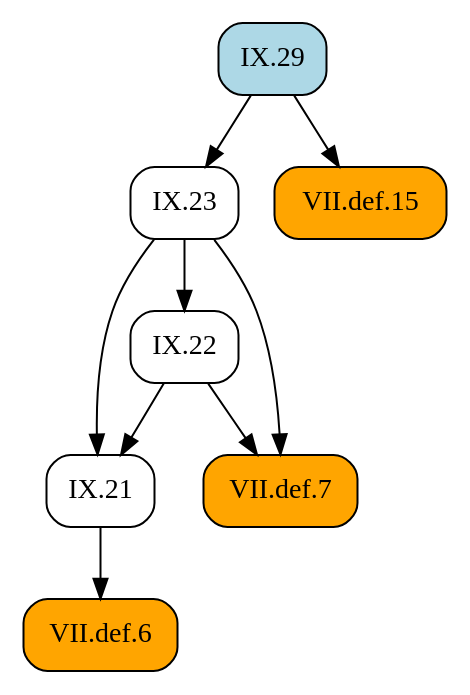
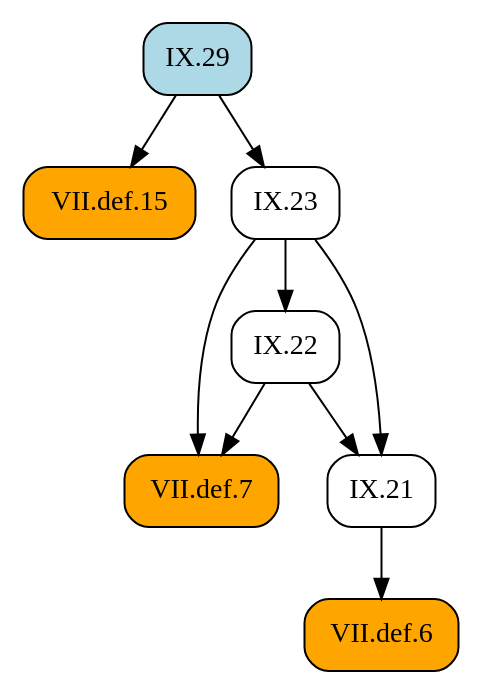
The diagram in docsrc/heath/IX/29/index.rst (geometor/elements), drawn with Graphviz before and after one commit. The commit also changed other lines of this file and 484 other files, not shown here.

```diff
--- a/docsrc/heath/IX/29/index.rst
+++ b/docsrc/heath/IX/29/index.rst
@@ -30,21 +30,21 @@
 .. graphviz::
 
    digraph {
      rankdir="TB";
      node [shape=box, style=rounded];
-     "IX.21" [URL="/heath/IX/21/", target="_top"];
+     "VII.def.15" [style="rounded,filled", fillcolor=orange, URL="/heath/VII/def.15/", target="_top"];
+     "VII.def.6" [style="rounded,filled", fillcolor=orange, URL="/heath/VII/def.6/", target="_top"];
+     "IX.22" [URL="/heath/IX/22/", target="_top"];
      "IX.29" [style="rounded,filled", fillcolor=lightblue, URL="/heath/IX/29/", target="_top"];
      "IX.23" [URL="/heath/IX/23/", target="_top"];
-     "VII.def.6" [style="rounded,filled", fillcolor=orange, URL="/heath/VII/def.6/", target="_top"];
-     "IX.22" [URL="/heath/IX/22/", target="_top"];
-     "VII.def.15" [style="rounded,filled", fillcolor=orange, URL="/heath/VII/def.15/", target="_top"];
      "VII.def.7" [style="rounded,filled", fillcolor=orange, URL="/heath/VII/def.7/", target="_top"];
+     "IX.21" [URL="/heath/IX/21/", target="_top"];
+     "IX.29" -> "VII.def.15";
+     "IX.21" -> "VII.def.6";
+     "IX.23" -> "IX.22";
+     "IX.29" -> "IX.23";
+     "IX.22" -> "VII.def.7";
+     "IX.23" -> "VII.def.7";
      "IX.22" -> "IX.21";
      "IX.23" -> "IX.21";
-     "IX.29" -> "IX.23";
-     "IX.21" -> "VII.def.6";
-     "IX.23" -> "IX.22";
-     "IX.29" -> "VII.def.15";
-     "IX.22" -> "VII.def.7";
-     "IX.23" -> "VII.def.7";
    }
```
